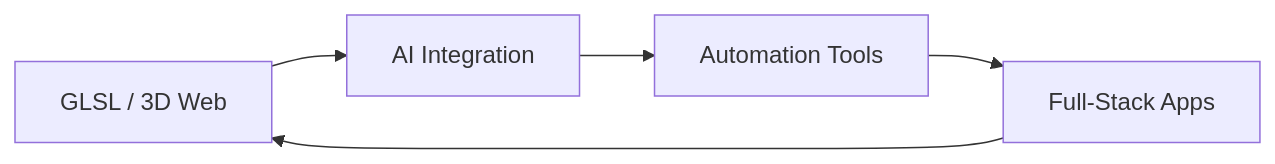
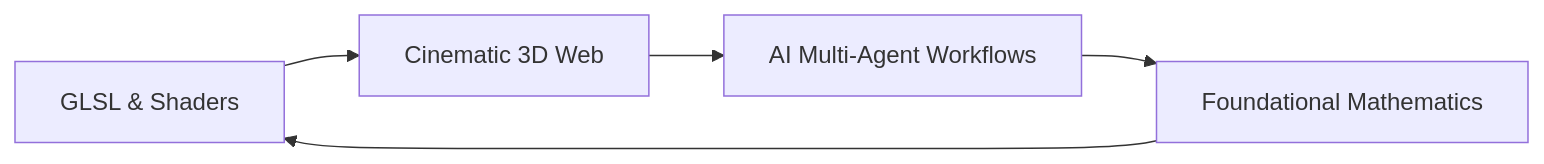
The diagram in README.md (void032/void032), drawn with Mermaid before and after one commit. The commit also changed other lines of this file, not shown here.

````diff
--- a/README.md
+++ b/README.md
@@ -240,7 +169,7 @@
 ```mermaid
 graph LR
-    A[GLSL / 3D Web] --> B[AI Integration]
-    B --> C[Automation Tools]
-    C --> D[Full-Stack Apps]
+    A[GLSL & Shaders] --> B[Cinematic 3D Web]
+    B --> C[AI Multi-Agent Workflows]
+    C --> D[Foundational Mathematics]
     D --> A
 ```
````
